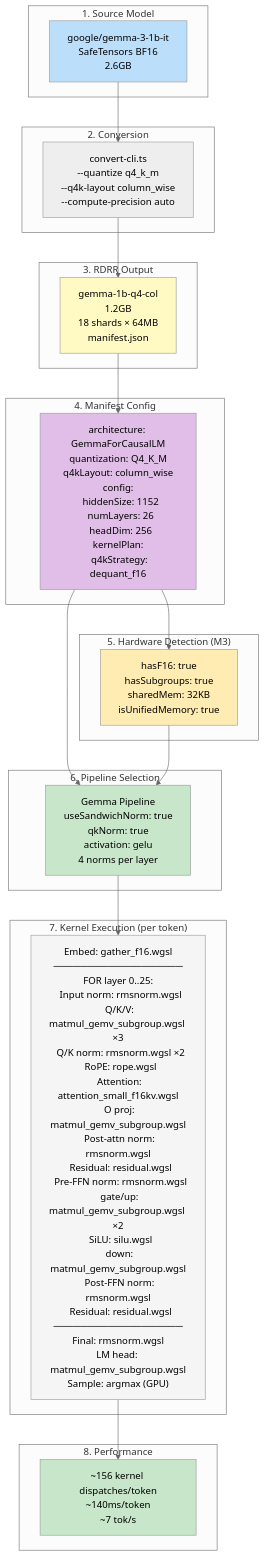
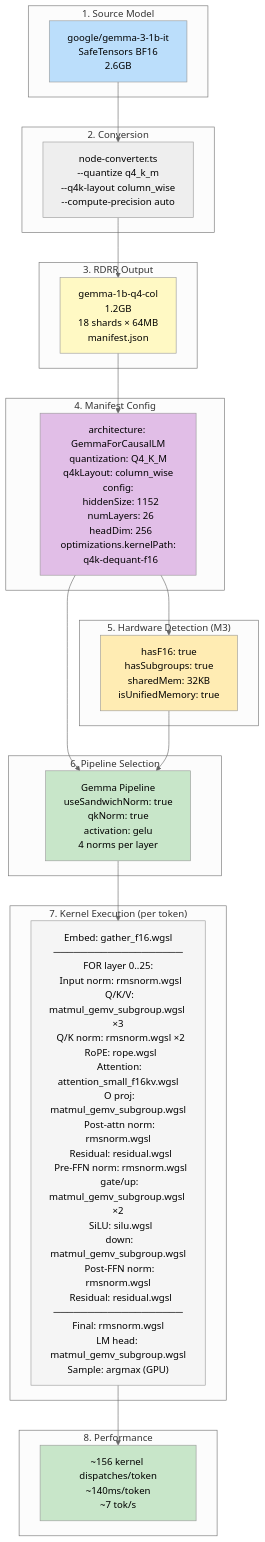
Before and after one commit to clocksmith/doppler: the ninth of 11 diagrams in docs/SYSTEM_FLOW.md, drawn with Mermaid (neutral theme). The commit also changed other lines of this file and 225 other files, not shown here.

````diff
--- a/docs/SYSTEM_FLOW.md
+++ b/docs/SYSTEM_FLOW.md
@@ -354,48 +356,48 @@
 ```mermaid
 graph TD
     subgraph Stage1["1. Source Model"]
         Source["google/gemma-3-1b-it<br/>SafeTensors BF16<br/>2.6GB"]
     end
 
     subgraph Stage2["2. Conversion"]
-        Conv["convert-cli.ts<br/>--quantize q4_k_m<br/>--q4k-layout column_wise<br/>--compute-precision auto"]
+        Conv["node-converter.ts<br/>--quantize q4_k_m<br/>--q4k-layout column_wise<br/>--compute-precision auto"]
     end
 
     subgraph Stage3["3. RDRR Output"]
         RDRR["gemma-1b-q4-col<br/>1.2GB<br/>18 shards × 64MB<br/>manifest.json"]
     end
 
     subgraph Stage4["4. Manifest Config"]
-        Manifest["architecture: GemmaForCausalLM<br/>quantization: Q4_K_M<br/>q4kLayout: column_wise<br/>config:<br/>&nbsp;&nbsp;hiddenSize: 1152<br/>&nbsp;&nbsp;numLayers: 26<br/>&nbsp;&nbsp;headDim: 256<br/>kernelPlan:<br/>&nbsp;&nbsp;q4kStrategy: dequant_f16"]
+        Manifest["architecture: GemmaForCausalLM<br/>quantization: Q4_K_M<br/>q4kLayout: column_wise<br/>config:<br/>&nbsp;&nbsp;hiddenSize: 1152<br/>&nbsp;&nbsp;numLayers: 26<br/>&nbsp;&nbsp;headDim: 256<br/>optimizations.kernelPath:<br/>&nbsp;&nbsp;q4k-dequant-f16"]
     end
 
     subgraph Stage5["5. Hardware Detection (M3)"]
         HW["hasF16: true<br/>hasSubgroups: true<br/>sharedMem: 32KB<br/>isUnifiedMemory: true"]
     end
 
     subgraph Stage6["6. Pipeline Selection"]
         Pipeline["Gemma Pipeline<br/>useSandwichNorm: true<br/>qkNorm: true<br/>activation: gelu<br/>4 norms per layer"]
     end
 
     subgraph Stage7["7. Kernel Execution (per token)"]
         Kernels["Embed: gather_f16.wgsl<br/>───────────────────<br/>FOR layer 0..25:<br/>&nbsp;&nbsp;Input norm: rmsnorm.wgsl<br/>&nbsp;&nbsp;Q/K/V: matmul_gemv_subgroup.wgsl ×3<br/>&nbsp;&nbsp;Q/K norm: rmsnorm.wgsl ×2<br/>&nbsp;&nbsp;RoPE: rope.wgsl<br/>&nbsp;&nbsp;Attention: attention_small_f16kv.wgsl<br/>&nbsp;&nbsp;O proj: matmul_gemv_subgroup.wgsl<br/>&nbsp;&nbsp;Post-attn norm: rmsnorm.wgsl<br/>&nbsp;&nbsp;Residual: residual.wgsl<br/>&nbsp;&nbsp;Pre-FFN norm: rmsnorm.wgsl<br/>&nbsp;&nbsp;gate/up: matmul_gemv_subgroup.wgsl ×2<br/>&nbsp;&nbsp;SiLU: silu.wgsl<br/>&nbsp;&nbsp;down: matmul_gemv_subgroup.wgsl<br/>&nbsp;&nbsp;Post-FFN norm: rmsnorm.wgsl<br/>&nbsp;&nbsp;Residual: residual.wgsl<br/>───────────────────<br/>Final: rmsnorm.wgsl<br/>LM head: matmul_gemv_subgroup.wgsl<br/>Sample: argmax (GPU)"]
     end
 
     subgraph Stage8["8. Performance"]
         Perf["~156 kernel dispatches/token<br/>~140ms/token<br/>~7 tok/s"]
     end
 
     Source --> Conv --> RDRR --> Manifest
     Manifest --> HW
     Manifest --> Pipeline
     HW --> Pipeline
     Pipeline --> Kernels --> Perf
 
     style Source fill:#bbdefb
     style RDRR fill:#fff9c4
     style Manifest fill:#e1bee7
     style HW fill:#ffecb3
     style Pipeline fill:#c8e6c9
     style Kernels fill:#f5f5f5
     style Perf fill:#c8e6c9
 ```
````
